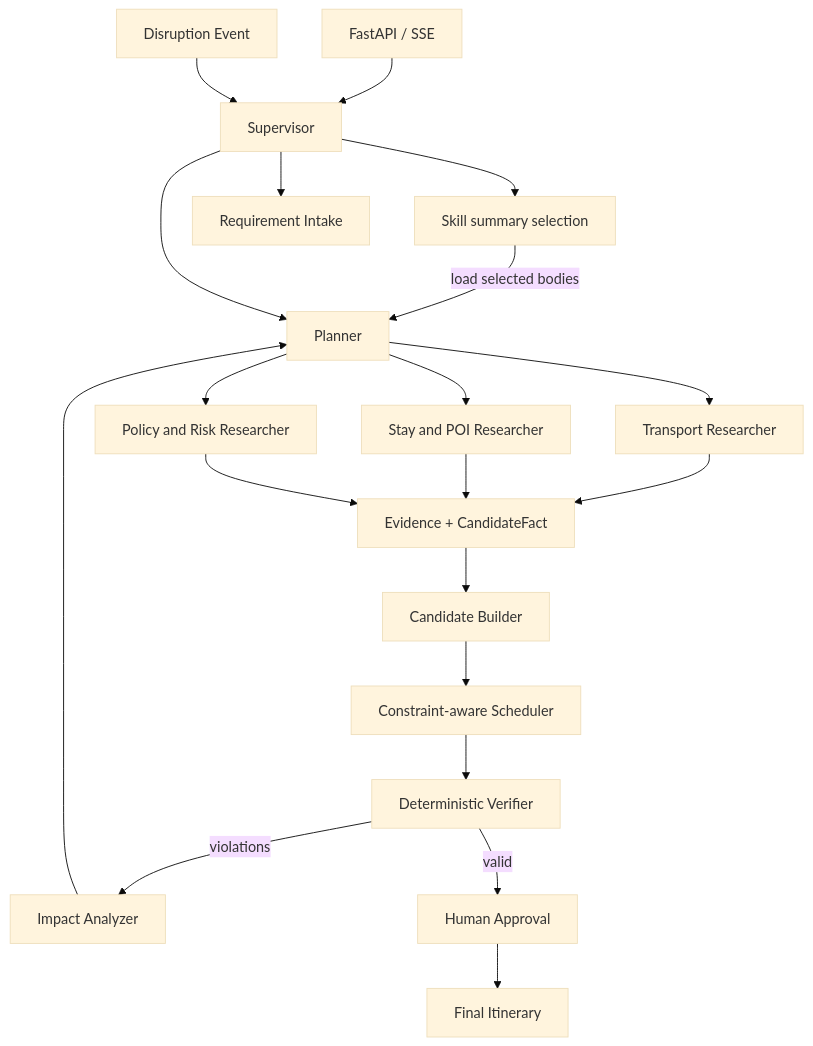
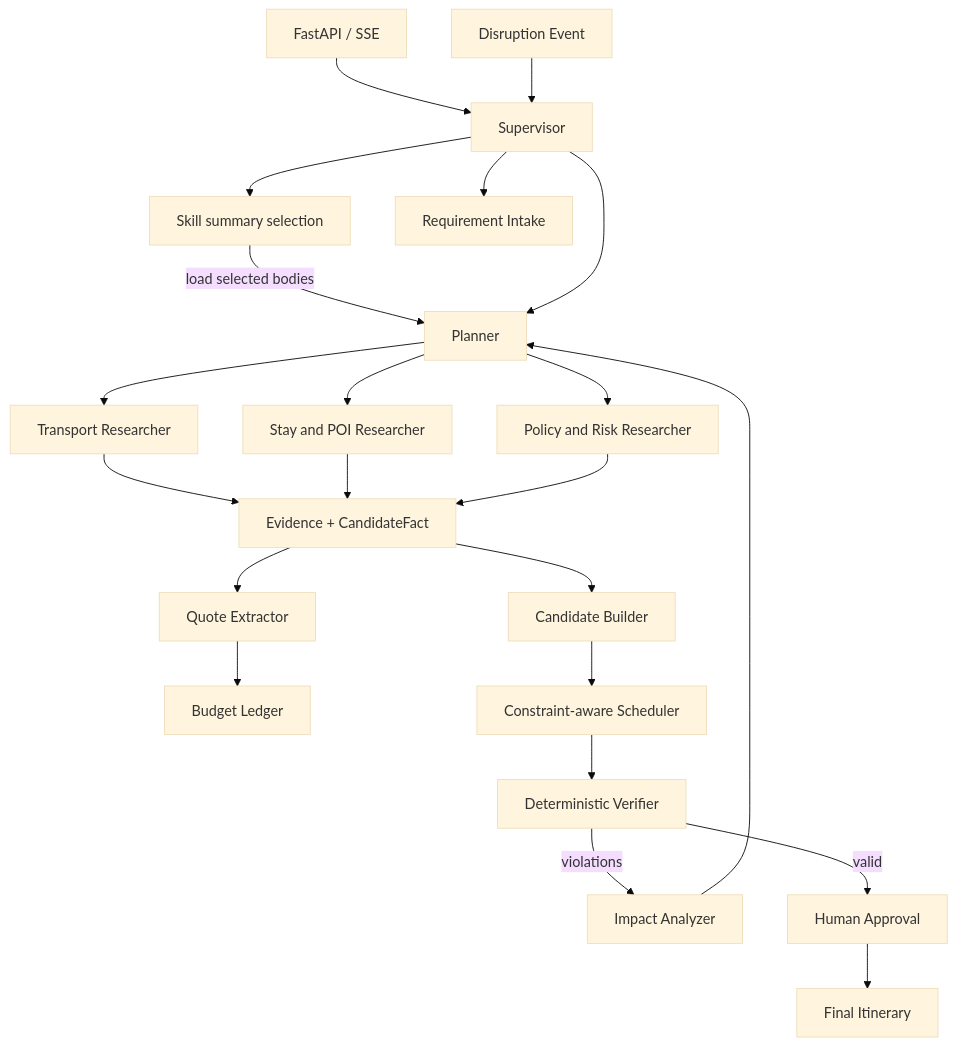
Before and after one commit to liuw55804-sys/tripops-agent: the diagram in docs/architecture.md, drawn with Mermaid (base theme). The commit also changed other lines of this file and 19 other files, not shown here.

Commit message:
feat: build cited web quote budget ledger

````diff
--- a/docs/architecture.md
+++ b/docs/architecture.md
@@ -5,22 +5,24 @@
 ```mermaid
 flowchart TD
     API[FastAPI / SSE] --> SUP[Supervisor]
     SUP --> SKILL[Skill summary selection]
     SKILL -->|load selected bodies| PLAN
     SUP --> INTAKE[Requirement Intake]
     SUP --> PLAN[Planner]
     PLAN --> R1[Transport Researcher]
     PLAN --> R2[Stay and POI Researcher]
     PLAN --> R3[Policy and Risk Researcher]
     R1 --> RESEARCH[Evidence + CandidateFact]
     R2 --> RESEARCH
     R3 --> RESEARCH
     RESEARCH --> BUILD[Candidate Builder]
+    RESEARCH --> QUOTE[Quote Extractor]
+    QUOTE --> LEDGER[Budget Ledger]
     BUILD --> SOLVER[Constraint-aware Scheduler]
     SOLVER --> VERIFY[Deterministic Verifier]
     VERIFY -->|violations| IMPACT[Impact Analyzer]
     IMPACT --> PLAN
     VERIFY -->|valid| APPROVAL[Human Approval]
     APPROVAL --> FINAL[Final Itinerary]
     EVENT[Disruption Event] --> SUP
 ```
````
